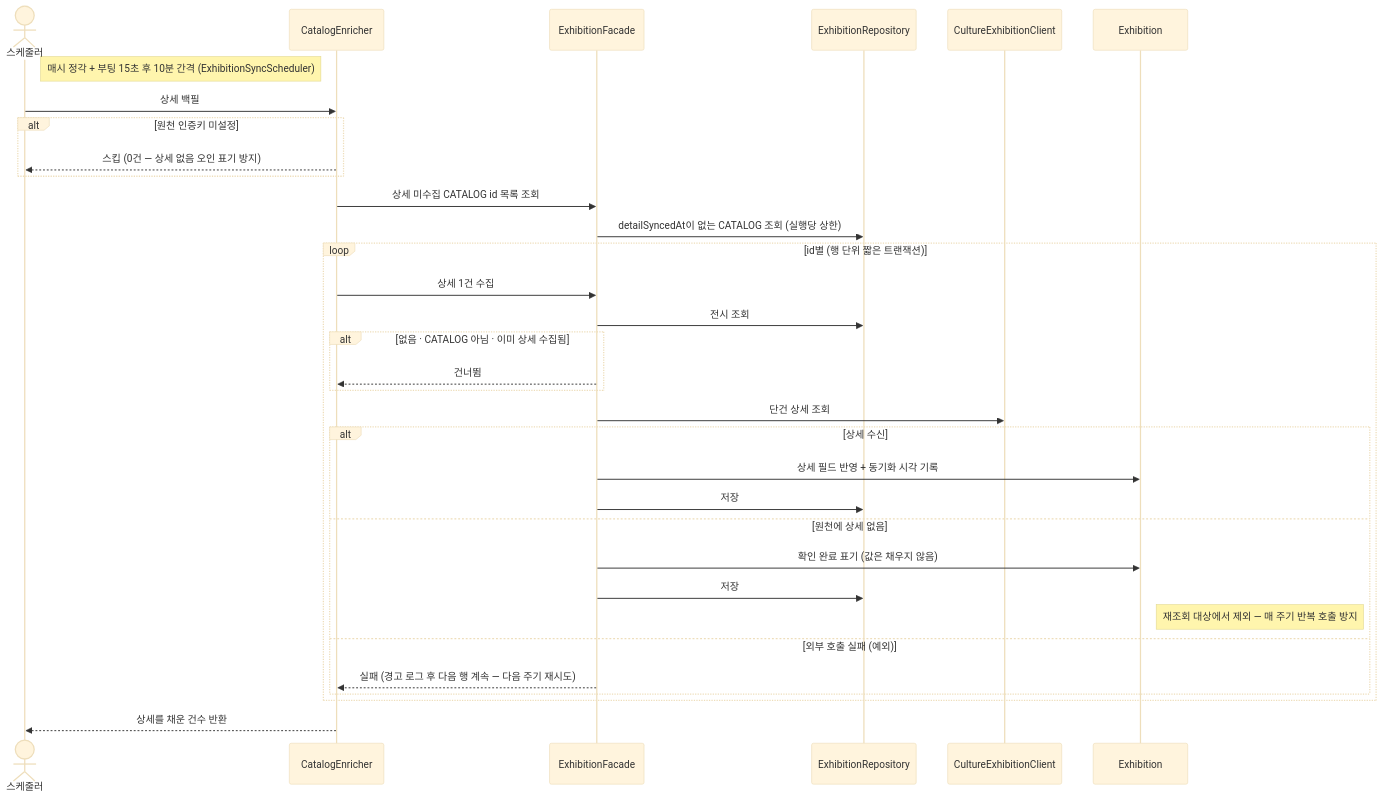
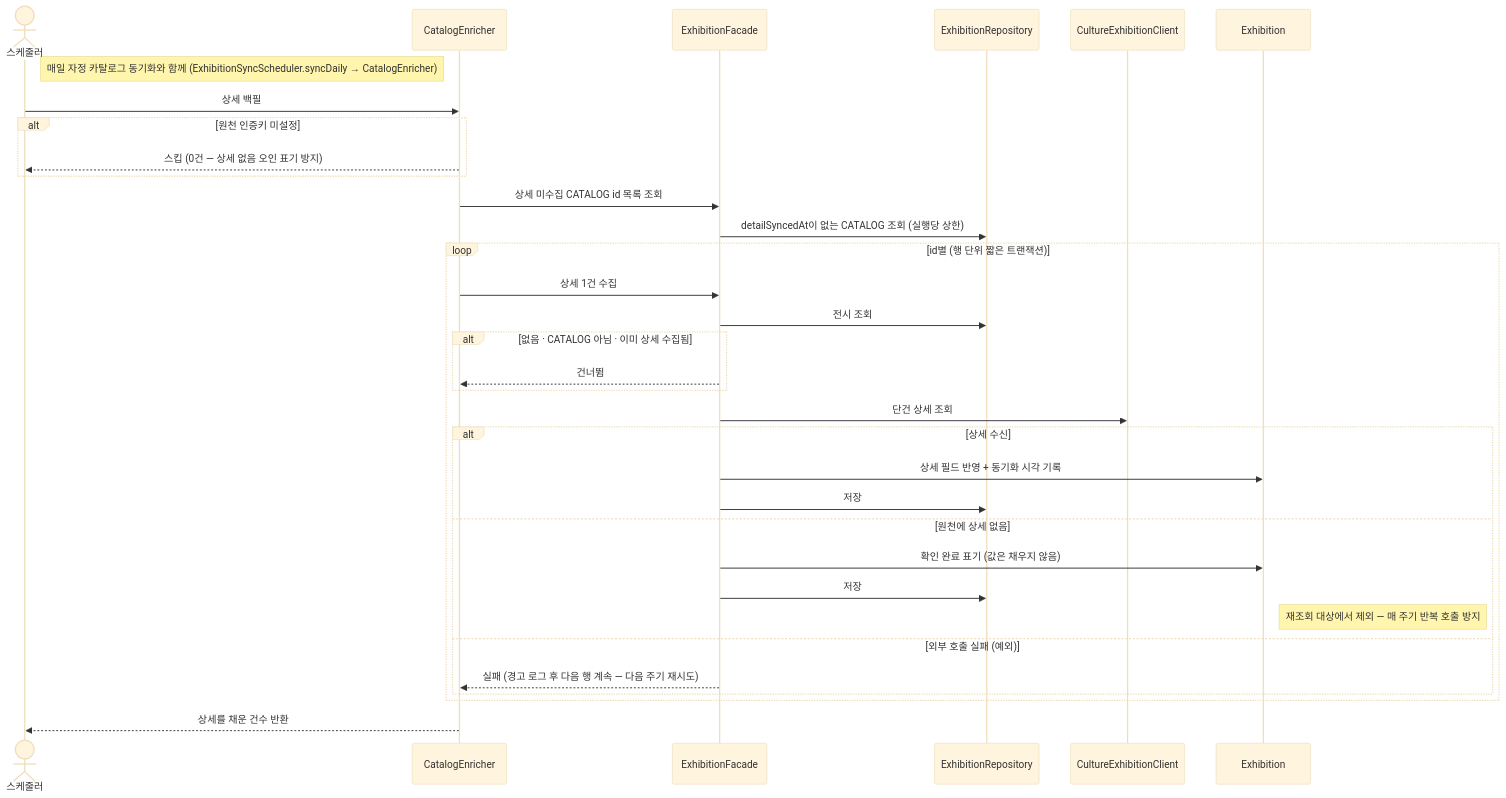
The diagram in docs/sequence-diagram/exhibition/07-상세-백필.md (team-modi/yeowun-backend), drawn with Mermaid (base theme) before and after one commit. The commit also changed other lines of this file and 4 other files, not shown here.

````diff
--- a/docs/sequence-diagram/exhibition/07-상세-백필.md
+++ b/docs/sequence-diagram/exhibition/07-상세-백필.md
@@ -10,41 +10,41 @@
 ```mermaid
 sequenceDiagram
     actor 스케줄러
     participant CatalogEnricher
     participant ExhibitionFacade
     participant ExhibitionRepository
     participant CultureExhibitionClient
     participant Exhibition
 
-    Note right of 스케줄러: 매시 정각 + 부팅 15초 후 10분 간격 (ExhibitionSyncScheduler)
+    Note right of 스케줄러: 매일 자정 카탈로그 동기화와 함께 (ExhibitionSyncScheduler.syncDaily → CatalogEnricher)
 
     스케줄러->>CatalogEnricher: 상세 백필
     alt 원천 인증키 미설정
         CatalogEnricher-->>스케줄러: 스킵 (0건 — 상세 없음 오인 표기 방지)
     end
 
     CatalogEnricher->>ExhibitionFacade: 상세 미수집 CATALOG id 목록 조회
     ExhibitionFacade->>ExhibitionRepository: detailSyncedAt이 없는 CATALOG 조회 (실행당 상한)
 
     loop id별 (행 단위 짧은 트랜잭션)
         CatalogEnricher->>ExhibitionFacade: 상세 1건 수집
         ExhibitionFacade->>ExhibitionRepository: 전시 조회
         alt 없음 · CATALOG 아님 · 이미 상세 수집됨
             ExhibitionFacade-->>CatalogEnricher: 건너뜀
         end
 
         ExhibitionFacade->>CultureExhibitionClient: 단건 상세 조회
         alt 상세 수신
             ExhibitionFacade->>Exhibition: 상세 필드 반영 + 동기화 시각 기록
             ExhibitionFacade->>ExhibitionRepository: 저장
         else 원천에 상세 없음
             ExhibitionFacade->>Exhibition: 확인 완료 표기 (값은 채우지 않음)
             ExhibitionFacade->>ExhibitionRepository: 저장
             Note right of Exhibition: 재조회 대상에서 제외 — 매 주기 반복 호출 방지
         else 외부 호출 실패 (예외)
             ExhibitionFacade-->>CatalogEnricher: 실패 (경고 로그 후 다음 행 계속 — 다음 주기 재시도)
         end
     end
 
     CatalogEnricher-->>스케줄러: 상세를 채운 건수 반환
 ```
````
